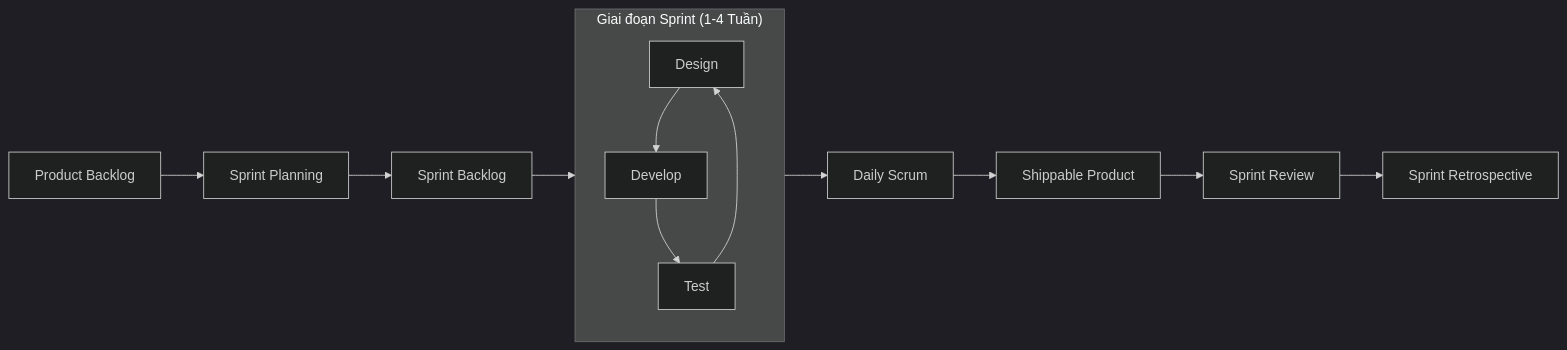
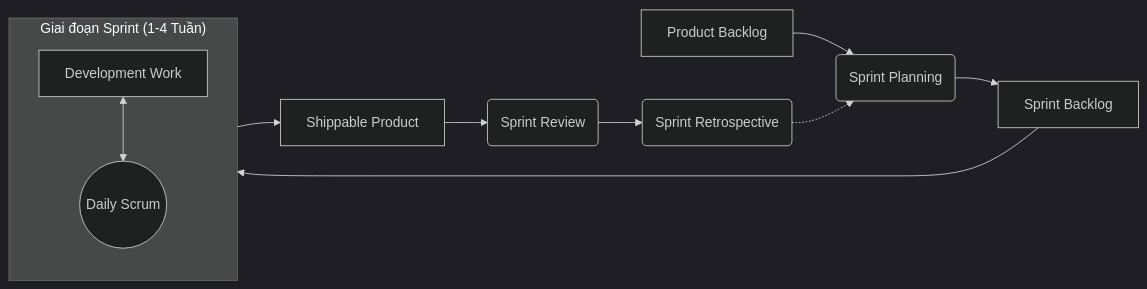
One commit to nguynn12/Cong-nghe-phan-mem changed the fourth of 4 diagrams in index.md. Above: the diagram before and after it, drawn with Mermaid (dark theme).

```diff
--- a/index.md
+++ b/index.md
@@ -92,18 +92,27 @@
 <pre class="mermaid">
 graph LR
-    A[Product Backlog] --> B[Sprint Planning]
+    %% Các thành phần đầu vào
+    A[Product Backlog] --> B(Sprint Planning)
     B --> C[Sprint Backlog]
     
+    %% Vòng lặp Sprint
     subgraph SprintCycle ["Giai đoạn Sprint (1-4 Tuần)"]
         direction TB
-        D[Design] --> E[Develop]
-        E --> F[Test]
-        F --> D
+        D[Development Work]
+        E((Daily Scrum))
+        
+        %% Mũi tên 2 chiều thể hiện việc họp diễn ra song song với làm việc
+        D <--> E
     end
     
+    %% Luồng đi vào và đi ra Sprint
     C --> D
-    F --> G[Daily Scrum]
-    G --> H[Shippable Product]
-    H --> I[Sprint Review]
-    I --> J[Sprint Retrospective]
+    
+    %% Kết quả
+    D --> F[Shippable Product]
+    F --> G(Sprint Review)
+    G --> H(Sprint Retrospective)
+    
+    %% Mũi tên quay vòng cho Sprint tiếp theo
+    H -.-> B
 </pre>
```
